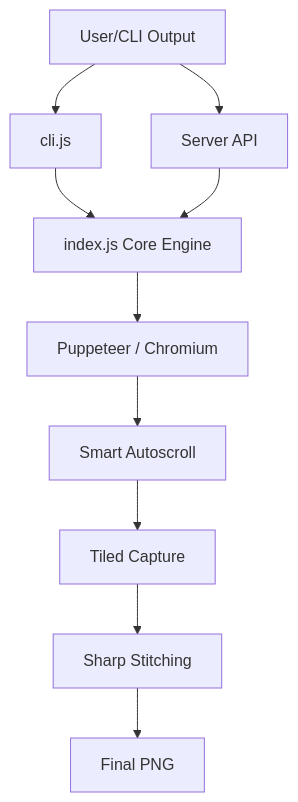
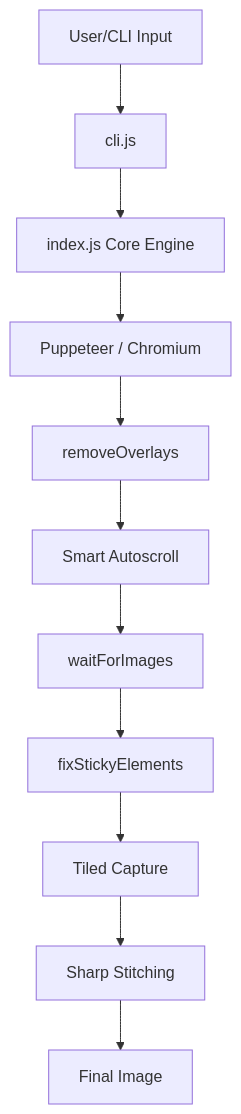
One commit to magnifito/webshot changed the diagram in README.md. Above: the diagram before and after it, drawn with Mermaid. The commit also changed other lines of this file, not shown here.

Commit message:
docs: update README to reflect current features and architecture

````diff
--- a/README.md
+++ b/README.md
@@ -122,12 +84,13 @@
 ```mermaid
 graph TD
-    A[User/CLI Output] --> B[cli.js]
-    A --> C[Server API]
+    A[User/CLI Input] --> B[cli.js]
     B --> D[index.js Core Engine]
-    C --> D
     D --> E[Puppeteer / Chromium]
-    E --> F[Smart Autoscroll]
-    F --> G[Tiled Capture]
-    G --> H[Sharp Stitching]
-    H --> I[Final PNG]
+    E --> F[removeOverlays]
+    F --> G[Smart Autoscroll]
+    G --> H[waitForImages]
+    H --> I[fixStickyElements]
+    I --> J[Tiled Capture]
+    J --> K[Sharp Stitching]
+    K --> L[Final Image]
 ```
````
